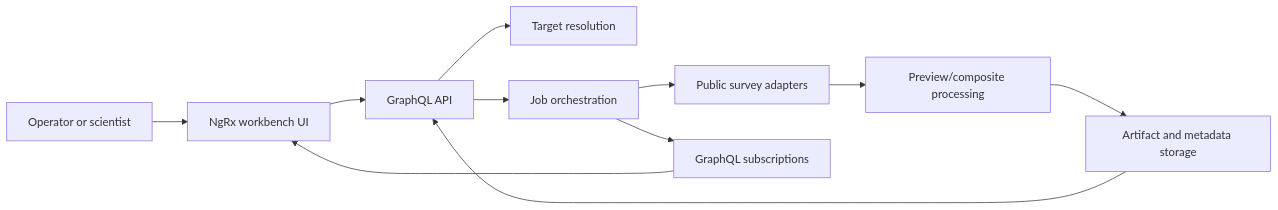
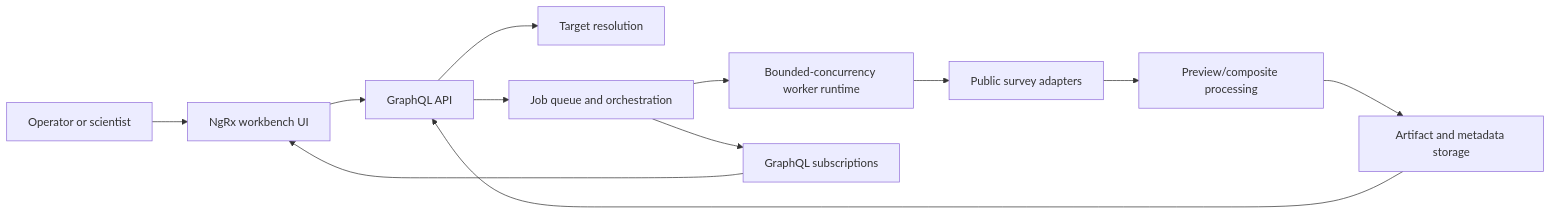
One commit to JeffreySanford/phase-2-cosmic changed the second of 4 diagrams in documentation/cosmic-forge/ARCHITECTURE.md. Above: the diagram before and after it, drawn with Mermaid. The commit also changed other lines of this file and 59 other files, not shown here.

````diff
--- a/documentation/cosmic-forge/ARCHITECTURE.md
+++ b/documentation/cosmic-forge/ARCHITECTURE.md
@@ -48,13 +72,14 @@
 ```mermaid
 flowchart LR
   User[Operator or scientist] --> UI[NgRx workbench UI]
   UI --> GQL[GraphQL API]
   GQL --> Resolve[Target resolution]
-  GQL --> Queue[Job orchestration]
-  Queue --> Adapters[Public survey adapters]
+  GQL --> Queue[Job queue and orchestration]
+  Queue --> Worker[Bounded-concurrency worker runtime]
+  Worker --> Adapters[Public survey adapters]
   Adapters --> Proc[Preview/composite processing]
   Proc --> Store[Artifact and metadata storage]
   Store --> GQL
   Queue --> Subs[GraphQL subscriptions]
   Subs --> UI
 ```
````
